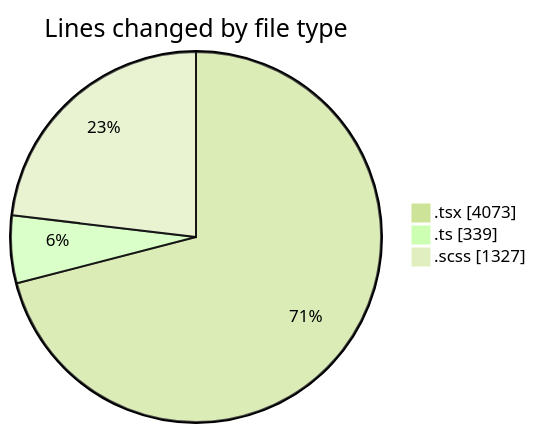
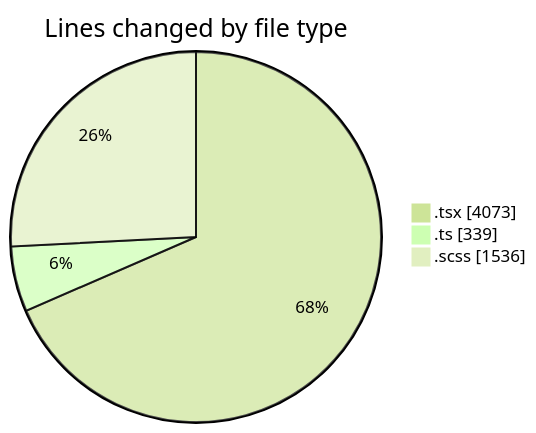
Before and after one commit to momahboobian/code-tracking: the first of 2 diagrams in 2025-07-08/cda/README.md, drawn with Mermaid (forest theme). The commit also changed other lines of this file and 1 other file, not shown here.

````diff
--- a/2025-07-08/cda/README.md
+++ b/2025-07-08/cda/README.md
@@ -48,7 +48,7 @@
 ```mermaid
 pie showData
 title Lines changed by file type
 ".tsx" : 4073
 ".ts" : 339
-".scss" : 1327
+".scss" : 1536
 ```
````
